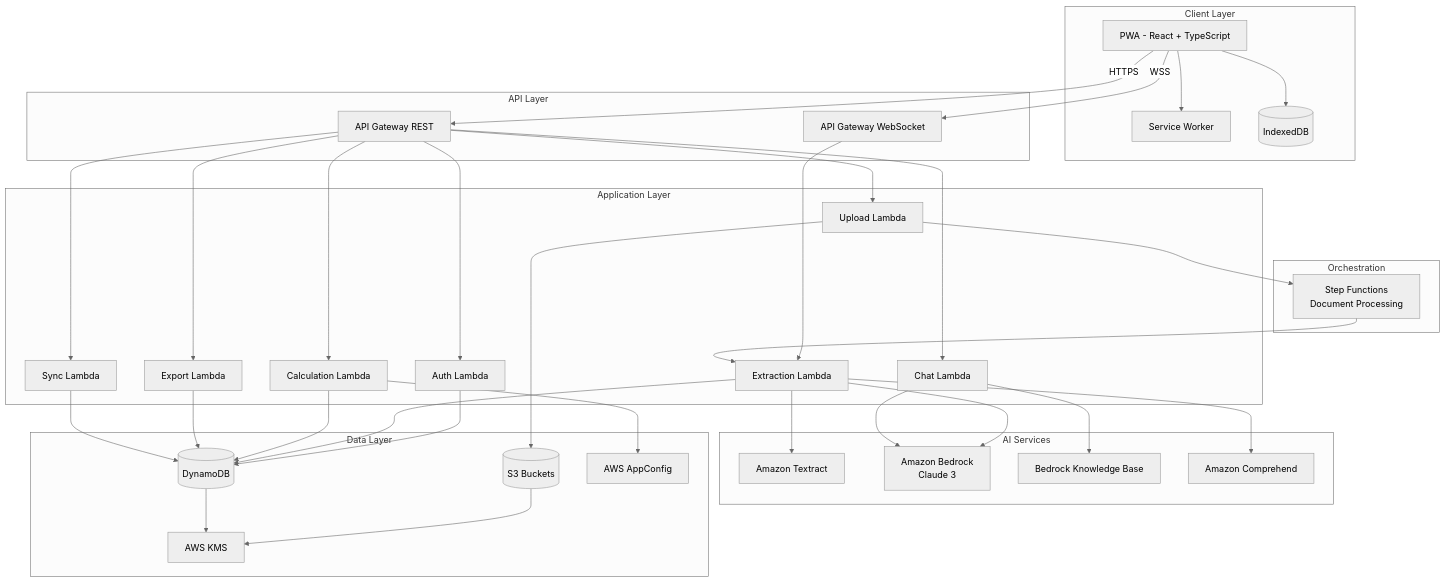
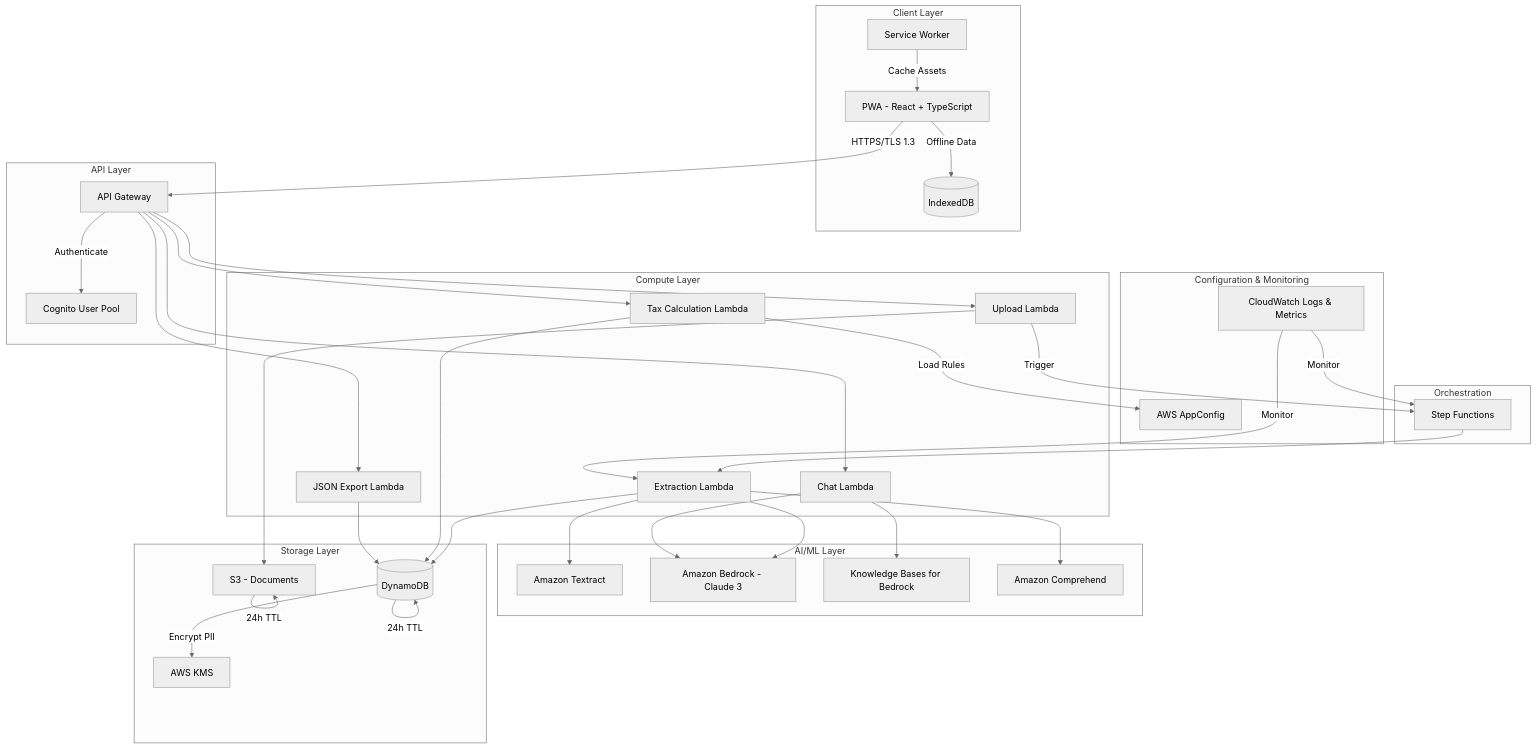
The first of 11 diagrams in .kiro/specs/bharat-tax-mitra/design.md (hxshxnsivx-hub/Bharath-tax-mitra), drawn with Mermaid (neutral theme) before and after one commit. The commit also changed other lines of this file and 210 other files, not shown here.

````diff
--- a/.kiro/specs/bharat-tax-mitra/design.md
+++ b/.kiro/specs/bharat-tax-mitra/design.md
@@ -48,73 +36,76 @@
 ```mermaid
 graph TB
     subgraph "Client Layer"
         PWA[PWA - React + TypeScript]
         SW[Service Worker]
         IDB[(IndexedDB)]
-        PWA --> SW
-        PWA --> IDB
     end
     
     subgraph "API Layer"
-        APIGW[API Gateway REST]
-        WSGW[API Gateway WebSocket]
+        APIGW[API Gateway]
+        AUTH[Cognito User Pool]
     end
     
-    subgraph "Application Layer"
-        AUTH[Auth Lambda]
+    subgraph "Compute Layer"
         UPLOAD[Upload Lambda]
         EXTRACT[Extraction Lambda]
-        CALC[Calculation Lambda]
-        EXPORT[Export Lambda]
+        TAX[Tax Calculation Lambda]
+        EXPORT[JSON Export Lambda]
         CHAT[Chat Lambda]
-        SYNC[Sync Lambda]
     end
     
     subgraph "Orchestration"
-        SF[Step Functions<br/>Document Processing]
+        SF[Step Functions]
     end
     
-    subgraph "AI Services"
+    subgraph "AI/ML Layer"
         TEXTRACT[Amazon Textract]
-        BEDROCK[Amazon Bedrock<br/>Claude 3]
-        KB[Bedrock Knowledge Base]
+        BEDROCK[Amazon Bedrock - Claude 3]
+        KB[Knowledge Bases for Bedrock]
         COMPREHEND[Amazon Comprehend]
     end
     
-    subgraph "Data Layer"
+    subgraph "Storage Layer"
+        S3[S3 - Documents]
         DDB[(DynamoDB)]
-        S3[(S3 Buckets)]
         KMS[AWS KMS]
-        APPCONFIG[AWS AppConfig]
     end
     
-    PWA -->|HTTPS| APIGW
-    PWA -->|WSS| WSGW
-    APIGW --> AUTH
+    subgraph "Configuration & Monitoring"
+        APPCONFIG[AWS AppConfig]
+        CW[CloudWatch Logs & Metrics]
+    end
+    
+    PWA -->|HTTPS/TLS 1.3| APIGW
+    SW -->|Cache Assets| PWA
+    PWA -->|Offline Data| IDB
+    
+    APIGW -->|Authenticate| AUTH
     APIGW --> UPLOAD
-    APIGW --> CALC
+    APIGW --> TAX
     APIGW --> EXPORT
     APIGW --> CHAT
-    APIGW --> SYNC
-    WSGW --> EXTRACT
     
-    UPLOAD --> SF
+    UPLOAD -->|Trigger| SF
     SF --> EXTRACT
     EXTRACT --> TEXTRACT
     EXTRACT --> COMPREHEND
     EXTRACT --> BEDROCK
     
     CHAT --> BEDROCK
     CHAT --> KB
     
-    AUTH --> DDB
     UPLOAD --> S3
     EXTRACT --> DDB
-    CALC --> DDB
-    CALC --> APPCONFIG
+    TAX --> DDB
     EXPORT --> DDB
-    SYNC --> DDB
     
-    S3 --> KMS
-    DDB --> KMS
+    S3 -->|24h TTL| S3
+    DDB -->|24h TTL| DDB
+    
+    DDB -->|Encrypt PII| KMS
+    
+    TAX -->|Load Rules| APPCONFIG
+    CW -->|Monitor| SF
+    CW -->|Monitor| EXTRACT
 ```
````
